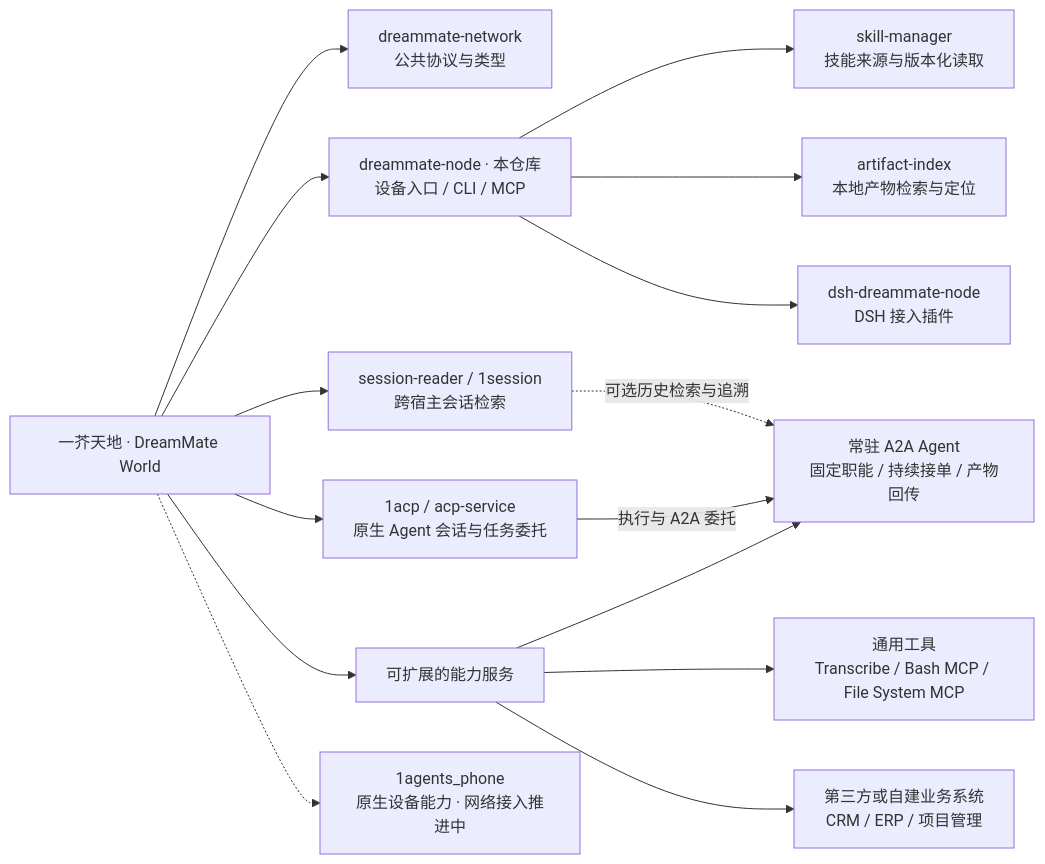
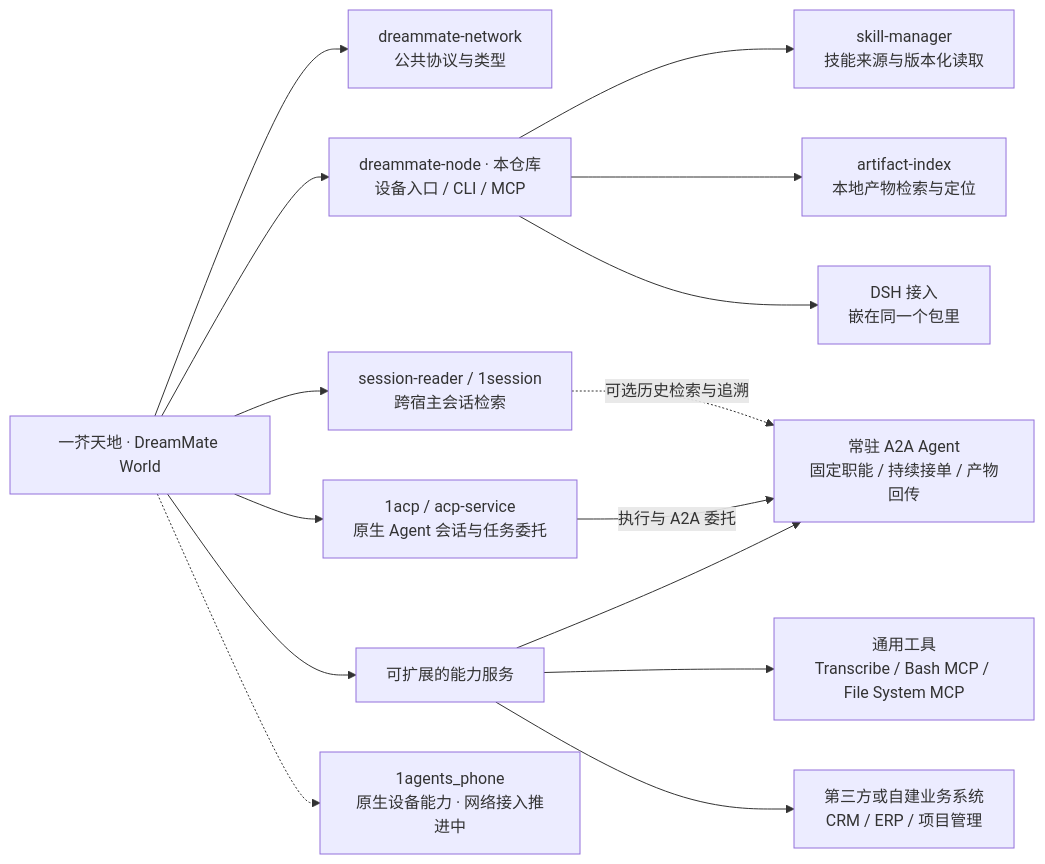
Before and after one commit to scottzx/dreammate-node: the diagram in README.md, drawn with Mermaid. The commit also changed other lines of this file and 19 other files, not shown here.

````diff
--- a/README.md
+++ b/README.md
@@ -53,18 +53,18 @@
 ```mermaid
 flowchart LR
     family["一芥天地 · DreamMate World"]
     family --> protocol["dreammate-network<br/>公共协议与类型"]
     family --> node["dreammate-node · 本仓库<br/>设备入口 / CLI / MCP"]
     family --> reader["session-reader / 1session<br/>跨宿主会话检索"]
     family --> acp["1acp / acp-service<br/>原生 Agent 会话与任务委托"]
     family --> services["可扩展的能力服务"]
     services --> tools["通用工具<br/>Transcribe / Bash MCP / File System MCP"]
     services --> business["第三方或自建业务系统<br/>CRM / ERP / 项目管理"]
     services --> resident["常驻 A2A Agent<br/>固定职能 / 持续接单 / 产物回传"]
     acp -->|"执行与 A2A 委托"| resident
     reader -.->|"可选历史检索与追溯"| resident
     family -.-> phone["1agents_phone<br/>原生设备能力 · 网络接入推进中"]
     node --> skills["skill-manager<br/>技能来源与版本化读取"]
     node --> artifacts["artifact-index<br/>本地产物检索与定位"]
-    node --> plugin["dsh-dreammate-node<br/>DSH 接入插件"]
+    node --> plugin["DSH 接入<br/>嵌在同一个包里"]
 ```
````
